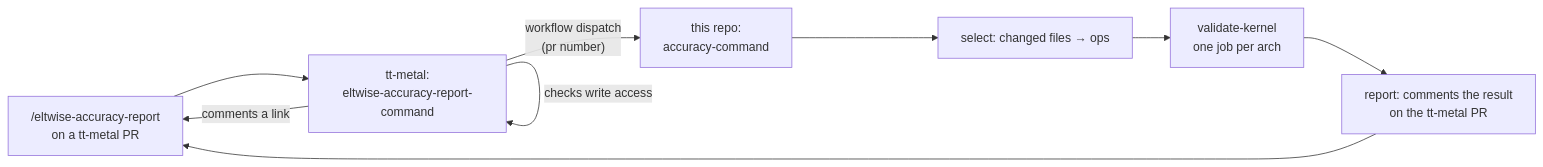
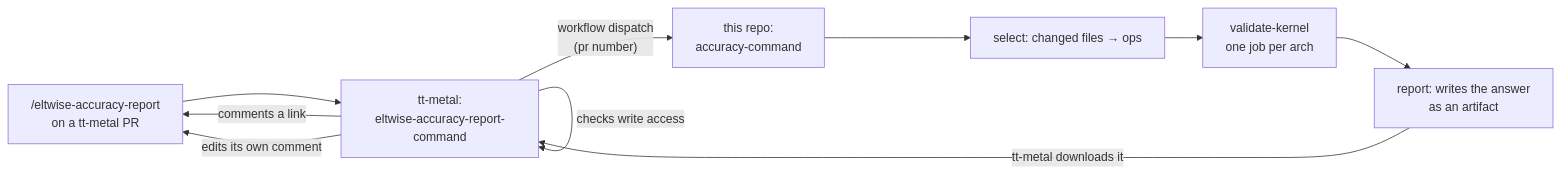
Before and after one commit to tenstorrent/tt-eltwise-accuracy-report: the diagram in docs/pr-command.md, drawn with Mermaid. The commit also changed other lines of this file and 2 other files, not shown here.

````diff
--- a/docs/pr-command.md
+++ b/docs/pr-command.md
@@ -12,11 +12,12 @@
 ```mermaid
 flowchart LR
     C["/eltwise-accuracy-report<br/>on a tt-metal PR"] --> T["tt-metal:<br/>eltwise-accuracy-report-command"]
     T -->|checks write access| T
     T -->|"workflow dispatch<br/>(pr number)"| O["this repo:<br/>accuracy-command"]
     T -->|"comments a link"| C
     O --> S["select: changed files → ops"]
     S --> V["validate-kernel<br/>one job per arch"]
-    V --> R["report: comments the result<br/>on the tt-metal PR"]
-    R --> C
+    V --> R["report: writes the answer<br/>as an artifact"]
+    R -->|"tt-metal downloads it"| T
+    T -->|"edits its own comment"| C
 ```
````
